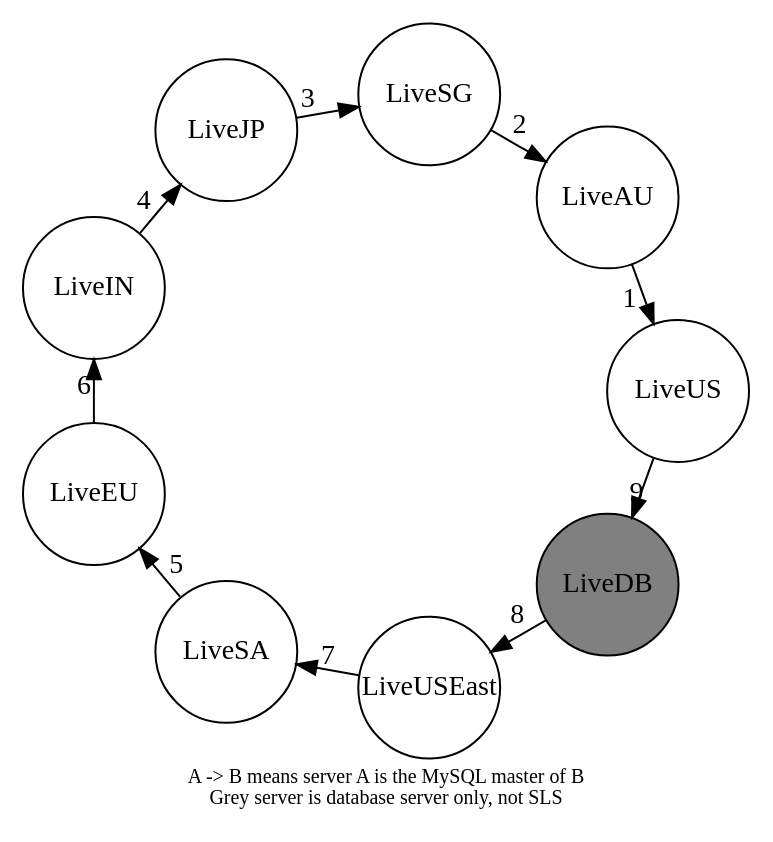
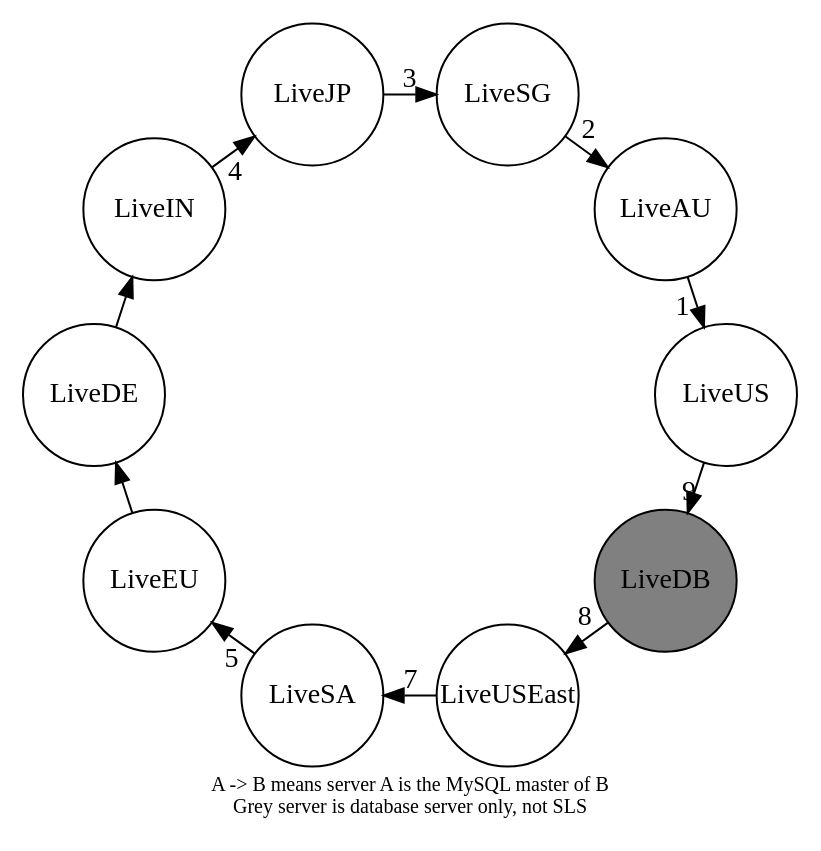
One commit to gkwa/graphviz-practice changed the diagram in t1/livering_observed.dot. Above: the diagram before and after it, drawn with Graphviz.

Commit message:
Add LiveDE

```diff
--- a/t1/livering_observed.dot
+++ b/t1/livering_observed.dot
@@ -1,27 +1,28 @@
 # Slave Server <= Master Server = Slave Server ID
 
 digraph MySQLRep {
 
 	# ratio=1.4142;
 	size="11.69,16.53"
 	layout=circo;
 
 	node [shape=circle,fixedsize=true,width=0.99];
 
 	LiveDB [style=filled,fillcolor=grey];
 
 	LiveDB->LiveUSEast [ label="8" ];
 	LiveUSEast->LiveSA [ label="7" ];
 	LiveSA->LiveEU [ label="5" ];
-	LiveEU->LiveIN [ label="6" ];
+	LiveEU->LiveDE;
+	LiveDE->LiveIN;
 	LiveIN->LiveJP [ label="4" ];
 	LiveJP->LiveSG [ label="3" ];
 	LiveSG->LiveAU [ label="2" ];
 	LiveAU->LiveUS [ label="1" ];
 	LiveUS->LiveDB [ label="9" ];
 
 	overlap=false
 	label="A -> B means server A is the MySQL master of B\nGrey server is database server only, not SLS"
 	fontsize=10;
 
 }
```
